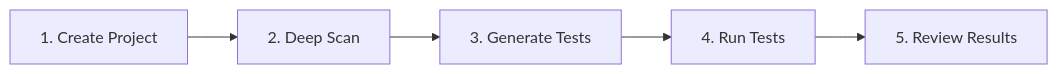
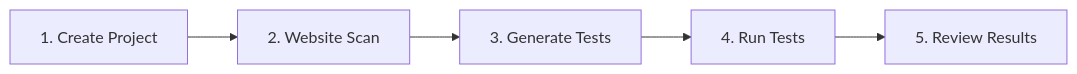
Before and after one commit to multiplex-ai/muggle-ai-docs: the diagram in getting-started/quickstart-running-tests.md, drawn with Mermaid. The commit also changed other lines of this file and 26 other files, not shown here.

````diff
--- a/getting-started/quickstart-running-tests.md
+++ b/getting-started/quickstart-running-tests.md
@@ -7,7 +7,7 @@
 ```mermaid
 flowchart LR
-    A["1. Create Project"] --> B["2. Deep Scan"]
+    A["1. Create Project"] --> B["2. Website Scan"]
     B --> C["3. Generate Tests"]
     C --> D["4. Run Tests"]
     D --> E["5. Review Results"]
 ```
````
